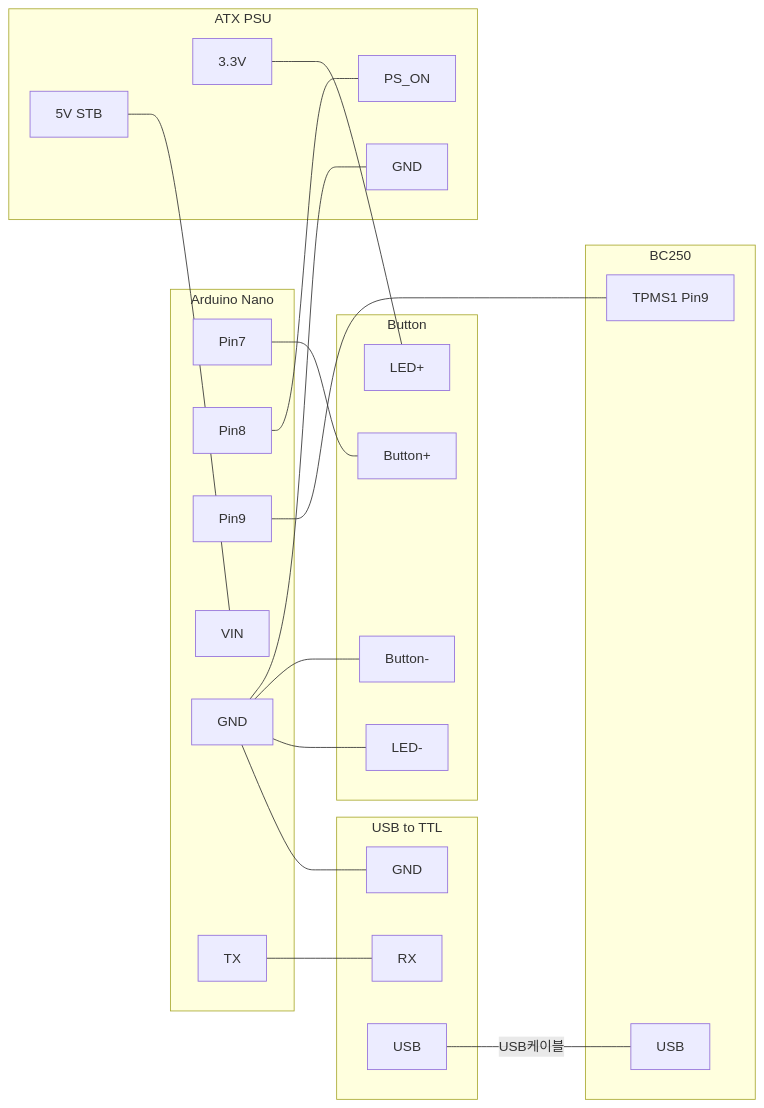
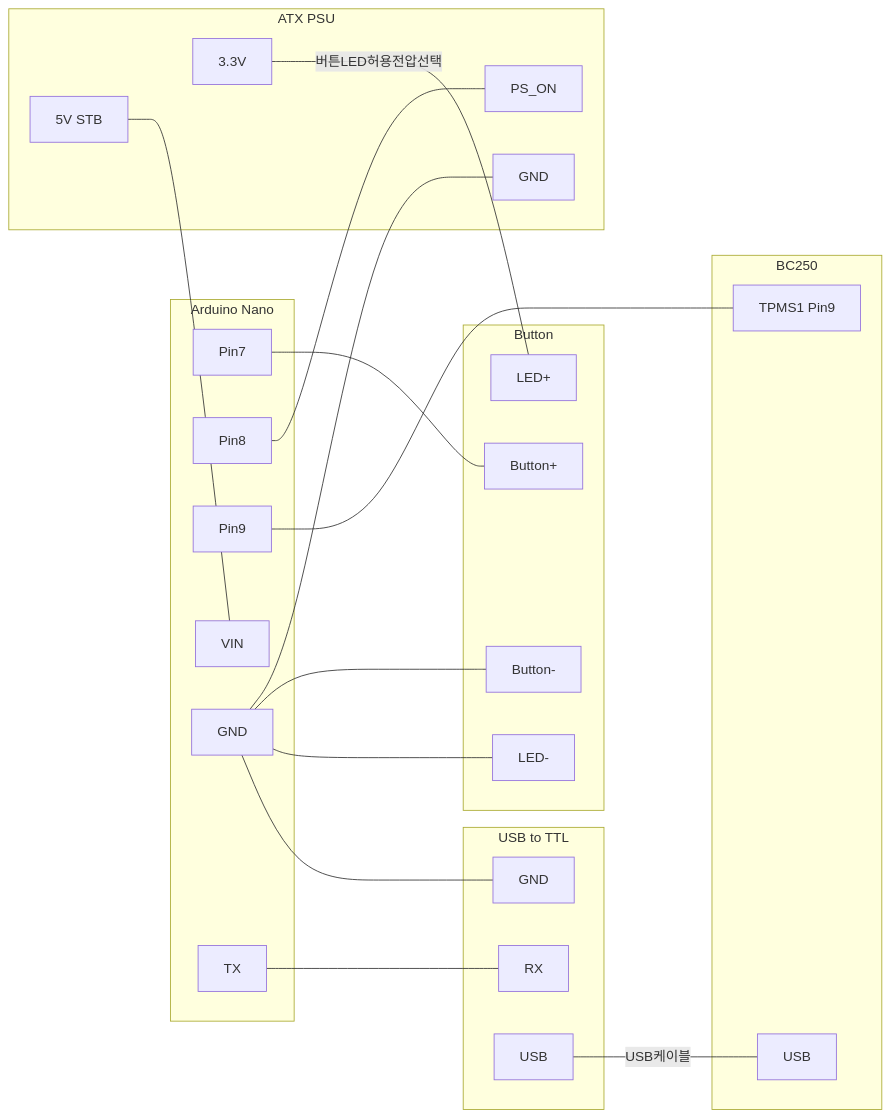
The second of 2 diagrams in README.md (coolsolgit/BC250-ATX-PSU-Control), drawn with Mermaid before and after one commit.

Commit message:
Modify LED1 connection details in README
Updated LED1 connection description in README.

````diff
--- a/README.md
+++ b/README.md
@@ -55,43 +55,43 @@
 ```mermaid
 flowchart LR
   subgraph Arduino Nano
     P7[Pin7]
     P8[Pin8]
     P9[Pin9]
     VIN[VIN]
     AGND[GND]
     TX[TX]
   end
   subgraph USB to TTL
     RX[RX]
     UGND[GND]
     UUSB[USB]
   end
   subgraph ATX PSU
     5V[5V STB]
     3.3V[3.3V]
     PS_ON[PS_ON]
     PGND[GND]
   end
   subgraph Button
     BTN1[Button+]
     BTN2[Button-]
     LED1[LED+]
     LED2[LED-]
   end
   subgraph BC250
     TPMS[TPMS1 Pin9]
     BUSB[USB]
   end
   UUSB ---|USB케이블| BUSB
   TX --- RX
 P7 --- BTN1
 P8 --- PS_ON
 P9 --- TPMS
 AGND --- PGND
 AGND --- BTN2
 AGND --- LED2
 AGND --- UGND
-3.3V --- LED1
+3.3V ---|버튼LED허용전압선택| LED1
 5V --- VIN
 ```
````
